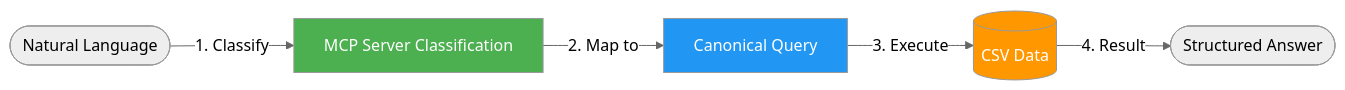
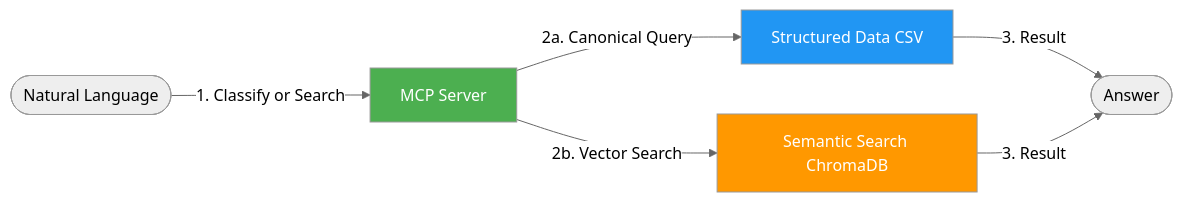
Before and after one commit to skillrepos/ai-3in1: the second of 6 diagrams in docs/architecture-lab6.md, drawn with Mermaid (neutral theme). The commit also changed other lines of this file, not shown here.

````diff
--- a/docs/architecture-lab6.md
+++ b/docs/architecture-lab6.md
@@ -54,11 +82,12 @@
 ```mermaid
 flowchart LR
-    Query([Natural Language]) -->|1. Classify| Server[MCP Server Classification]
-    Server -->|2. Map to| Canonical[Canonical Query]
-    Canonical -->|3. Execute| Data[(CSV Data)]
-    Data -->|4. Result| Answer([Structured Answer])
+    Query([Natural Language]) -->|1. Classify or Search| Server[MCP Server]
+    Server -->|2a. Canonical Query| Canonical[Structured Data CSV]
+    Server -->|2b. Vector Search| Vector[Semantic Search ChromaDB]
+    Canonical -->|3. Result| Answer([Answer])
+    Vector -->|3. Result| Answer
 
     style Server fill:#4CAF50,color:#fff
     style Canonical fill:#2196F3,color:#fff
-    style Data fill:#FF9800,color:#fff
+    style Vector fill:#FF9800,color:#fff
 ```
````
